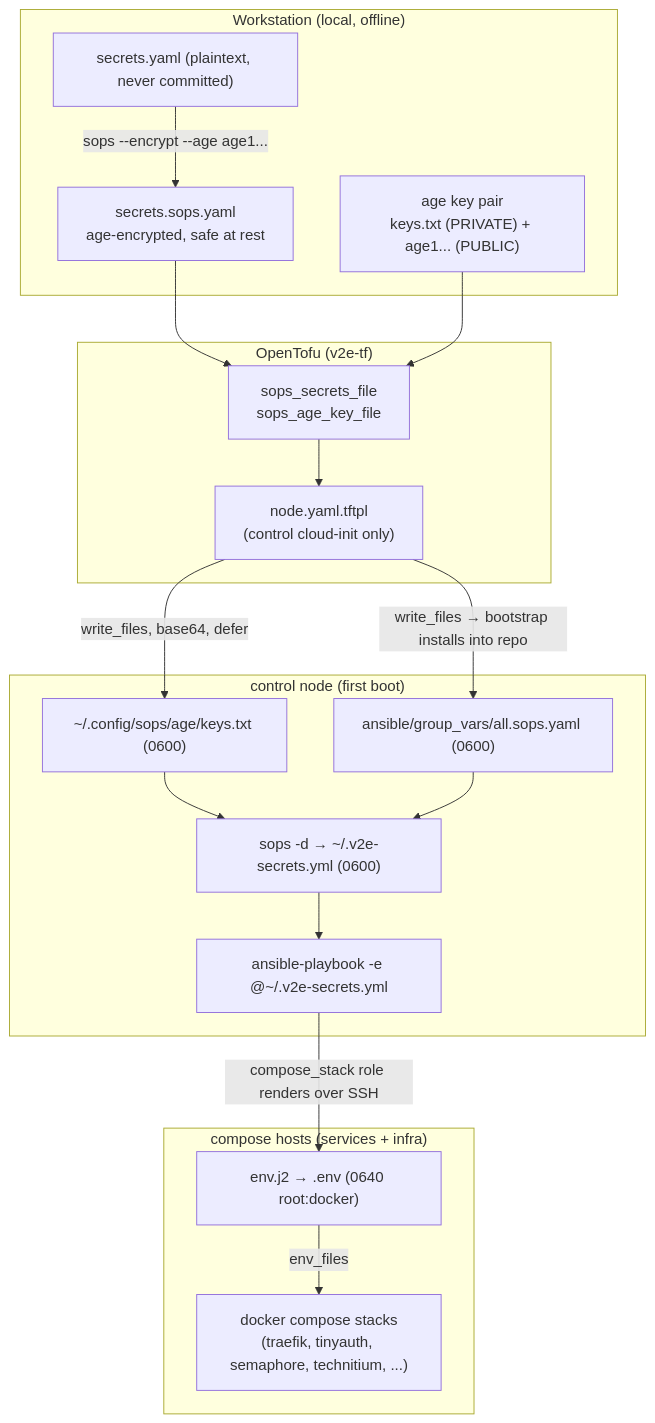
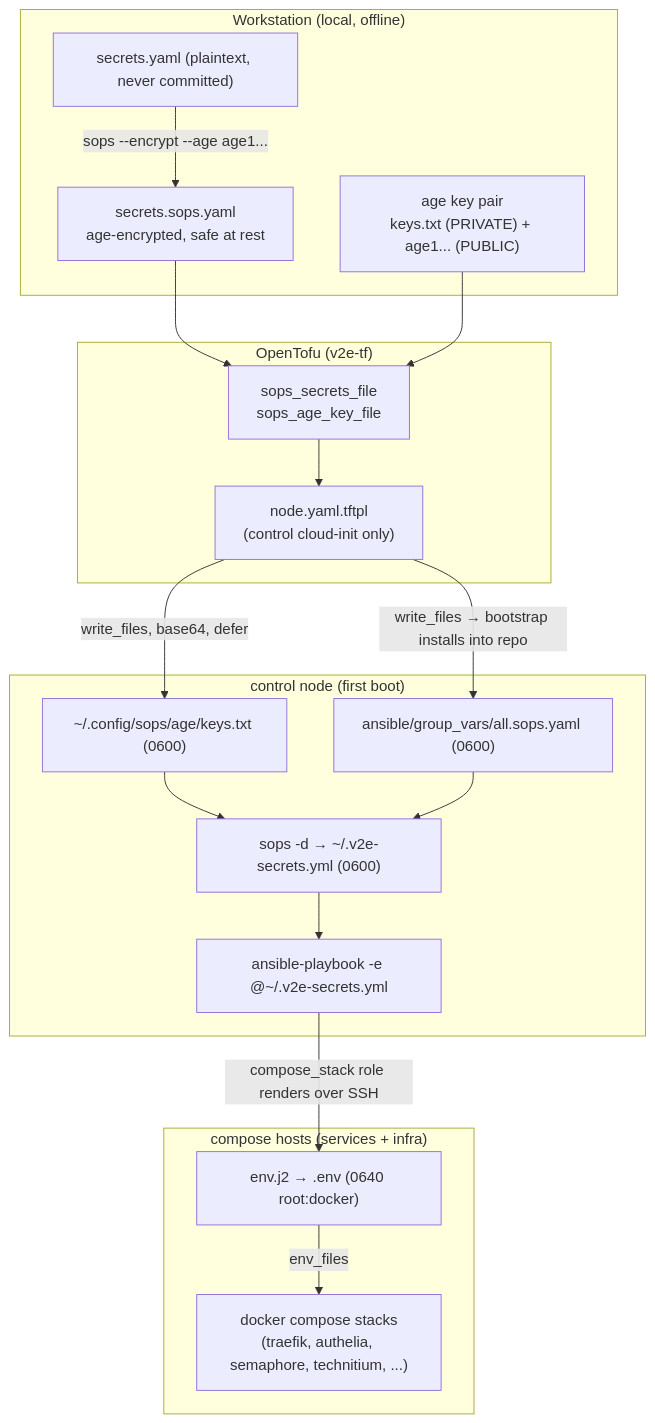
One commit to v2e-sh/v2e-docs changed the diagram in docs/system/secrets.md. Above: the diagram before and after it, drawn with Mermaid. The commit also changed other lines of this file and 5 other files, not shown here.

````diff
--- a/docs/system/secrets.md
+++ b/docs/system/secrets.md
@@ -22,39 +22,39 @@
 ```mermaid
 flowchart TD
     subgraph local["Workstation (local, offline)"]
         age["age key pair<br/>keys.txt (PRIVATE) + age1... (PUBLIC)"]
         plain["secrets.yaml (plaintext, never committed)"]
         enc["secrets.sops.yaml<br/>age-encrypted, safe at rest"]
         plain -->|"sops --encrypt --age age1..."| enc
     end
 
     subgraph tf["OpenTofu (v2e-tf)"]
         vars["sops_secrets_file<br/>sops_age_key_file"]
         ci["node.yaml.tftpl<br/>(control cloud-init only)"]
         vars --> ci
     end
 
     enc --> vars
     age --> vars
 
     subgraph control["control node (first boot)"]
         keyfile["~/.config/sops/age/keys.txt (0600)"]
         gv["ansible/group_vars/all.sops.yaml (0600)"]
         dec["sops -d → ~/.v2e-secrets.yml (0600)"]
         pb["ansible-playbook -e @~/.v2e-secrets.yml"]
         keyfile --> dec
         gv --> dec
         dec --> pb
     end
 
     ci -->|"write_files, base64, defer"| keyfile
     ci -->|"write_files → bootstrap installs into repo"| gv
 
     subgraph hosts["compose hosts (services + infra)"]
         envj2["env.j2 → .env (0640 root:docker)"]
-        stacks["docker compose stacks<br/>(traefik, tinyauth, semaphore, technitium, ...)"]
+        stacks["docker compose stacks<br/>(traefik, authelia, semaphore, technitium, ...)"]
         envj2 -->|env_files| stacks
     end
 
     pb -->|"compose_stack role renders over SSH"| envj2
 ```
````
